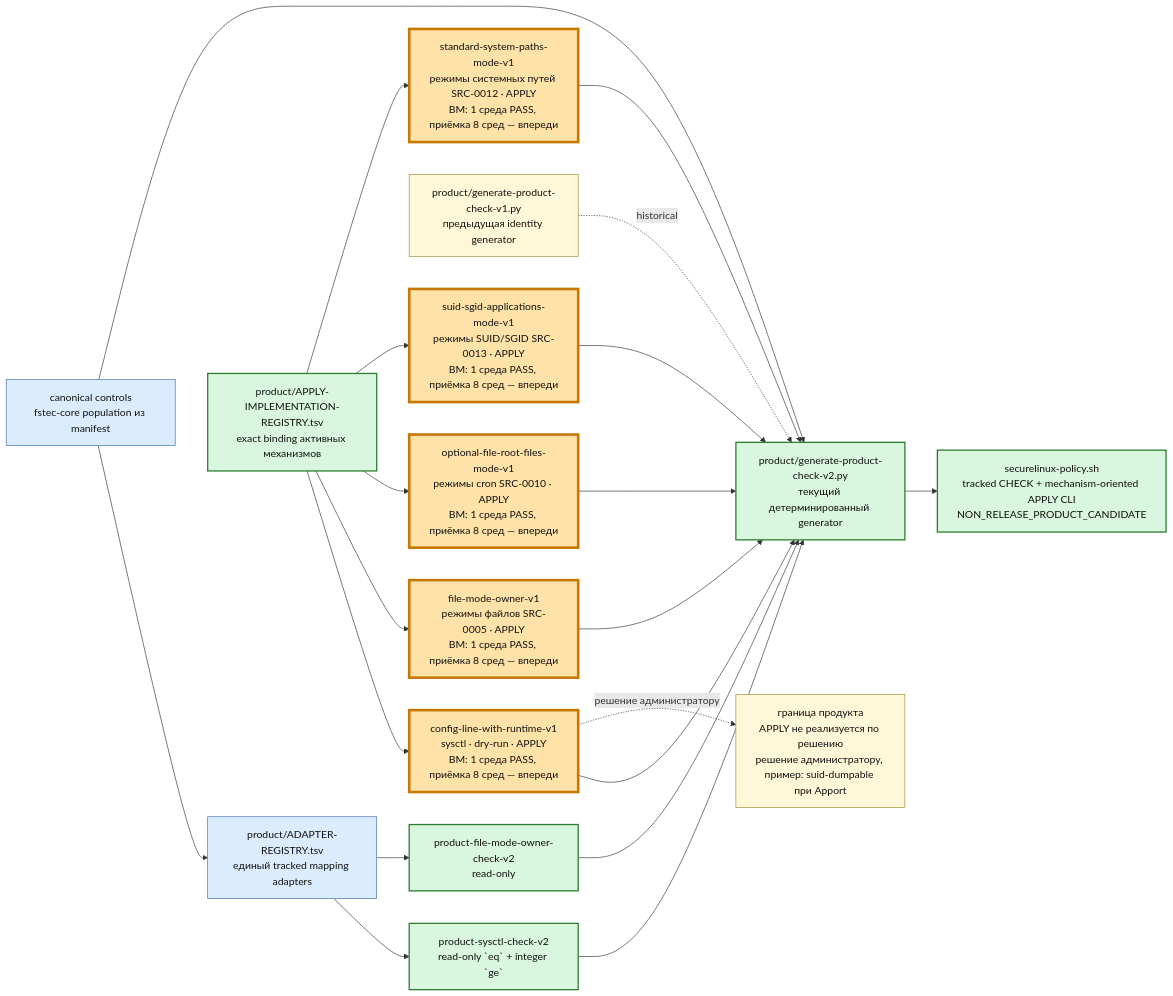
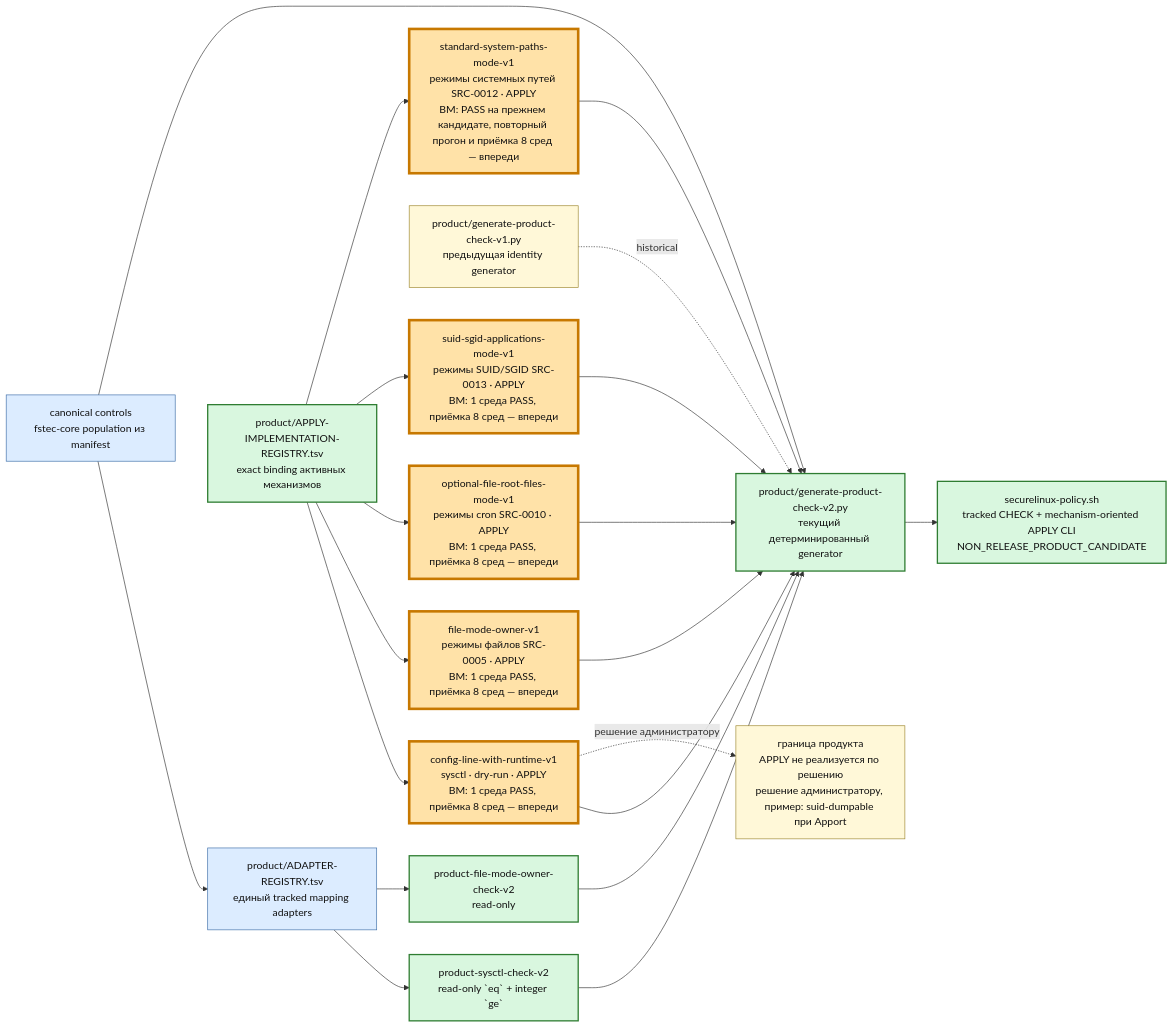
Before and after one commit to rasav65/SecureLinux-Policy: the third of 6 diagrams in docs/PROJECT-MAP.md, drawn with Mermaid. The commit also changed other lines of this file and 19 other files, not shown here.

First line of the commit message:
product: standard-system-paths-mode-v1 — ошибка чтения подкаталога даёт отказ scan:find-failed

````diff
--- a/docs/PROJECT-MAP.md
+++ b/docs/PROJECT-MAP.md
@@ -206,36 +206,36 @@
 ```mermaid
 flowchart LR
     CTRLNOW["canonical controls<br/>fstec-core population из manifest"]:::component
     REG["product/ADAPTER-REGISTRY.tsv<br/>единый tracked mapping adapters"]:::component
     SYS["product-sysctl-check-v2<br/>read-only `eq` + integer `ge`"]:::closed
     FILE["product-file-mode-owner-check-v2<br/>read-only"]:::closed
     GEN1["product/generate-product-check-v1.py<br/>предыдущая identity generator"]:::note
     GEN2["product/generate-product-check-v2.py<br/>текущий детерминированный generator"]:::closed
     IMPLREG["product/APPLY-IMPLEMENTATION-REGISTRY.tsv<br/>exact binding активных механизмов"]:::closed
     APPLY1["config-line-with-runtime-v1<br/>sysctl · dry-run · APPLY<br/>ВМ: 1 среда PASS, приёмка 8 сред — впереди"]:::current
     APPLY2["file-mode-owner-v1<br/>режимы файлов SRC-0005 · APPLY<br/>ВМ: 1 среда PASS, приёмка 8 сред — впереди"]:::current
     APPLY3["optional-file-root-files-mode-v1<br/>режимы cron SRC-0010 · APPLY<br/>ВМ: 1 среда PASS, приёмка 8 сред — впереди"]:::current
     APPLY4["suid-sgid-applications-mode-v1<br/>режимы SUID/SGID SRC-0013 · APPLY<br/>ВМ: 1 среда PASS, приёмка 8 сред — впереди"]:::current
-    APPLY5["standard-system-paths-mode-v1<br/>режимы системных путей SRC-0012 · APPLY<br/>ВМ: 1 среда PASS, приёмка 8 сред — впереди"]:::current
+    APPLY5["standard-system-paths-mode-v1<br/>режимы системных путей SRC-0012 · APPLY<br/>ВМ: PASS на прежнем кандидате, повторный прогон и приёмка 8 сред — впереди"]:::current
     CLI["securelinux-policy.sh<br/>tracked CHECK + mechanism-oriented APPLY CLI<br/>NON_RELEASE_PRODUCT_CANDIDATE"]:::closed
     ADMIN["граница продукта<br/>APPLY не реализуется по решению<br/>решение администратору, пример: suid-dumpable при Apport"]:::note
 
     CTRLNOW --> REG
     REG --> SYS
     REG --> FILE
     SYS --> GEN2
     FILE --> GEN2
     CTRLNOW --> GEN2 --> CLI
     IMPLREG --> APPLY1 --> GEN2
     IMPLREG --> APPLY2 --> GEN2
     IMPLREG --> APPLY3 --> GEN2
     IMPLREG --> APPLY4 --> GEN2
     IMPLREG --> APPLY5 --> GEN2
     APPLY1 -. решение администратору .-> ADMIN
     GEN1 -. historical .-> GEN2
 
     classDef closed fill:#d9f7df,stroke:#2f7d32,color:#111,stroke-width:2px;
     classDef component fill:#dcecff,stroke:#3e6ea8,color:#111;
     classDef current fill:#ffe2a8,stroke:#c77800,color:#111,stroke-width:4px;
     classDef note fill:#fff8d8,stroke:#9d8730,color:#111;
 ```
````
